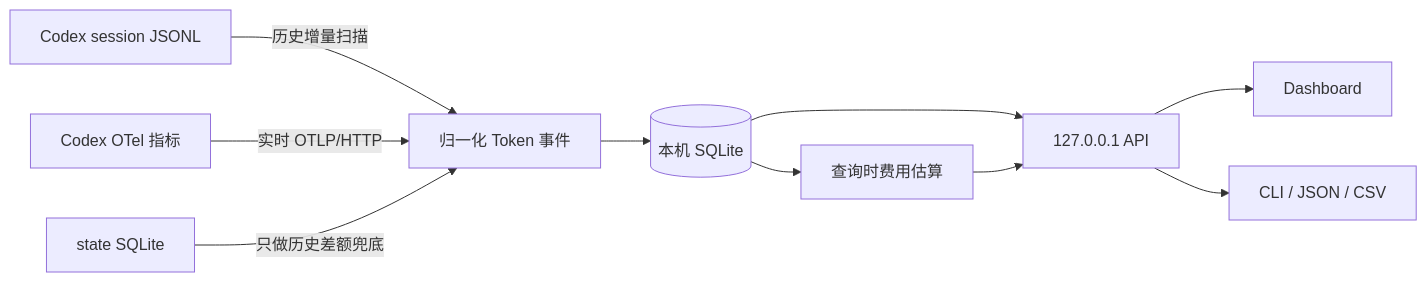
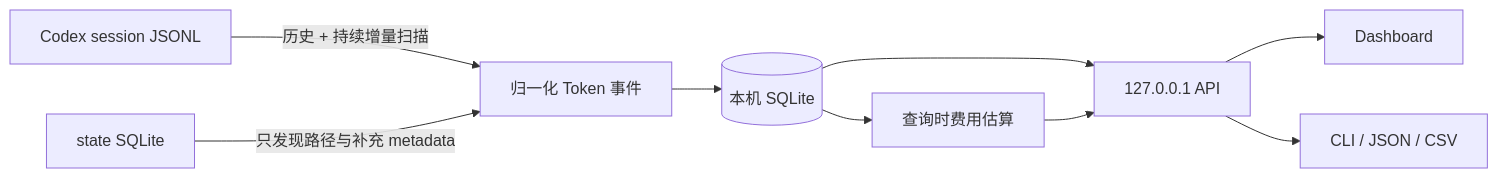
One commit to edisoncccc/codex-usage changed the diagram in README.md. Above: the diagram before and after it, drawn with Mermaid. The commit also changed other lines of this file and 34 other files, not shown here.

````diff
--- a/README.md
+++ b/README.md
@@ -92,12 +108,11 @@
 ```mermaid
 flowchart LR
-    A[Codex session JSONL] -->|历史增量扫描| C[归一化 Token 事件]
-    B[Codex OTel 指标] -->|实时 OTLP/HTTP| C
-    S[state SQLite] -->|只做历史差额兜底| C
+    A[Codex session JSONL] -->|历史 + 持续增量扫描| C[归一化 Token 事件]
+    S[state SQLite] -->|只发现路径与补充 metadata| C
     C --> D[(本机 SQLite)]
     D --> P[查询时费用估算]
     D --> E[127.0.0.1 API]
     P --> E
     E --> F[Dashboard]
     E --> G[CLI / JSON / CSV]
 ```
````
